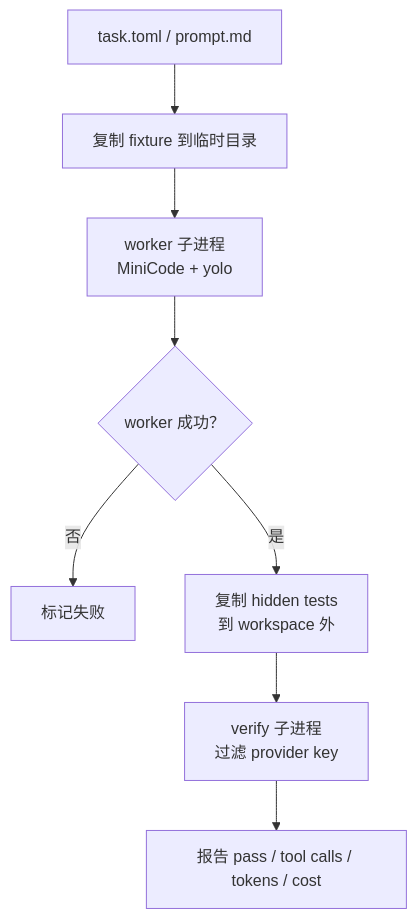
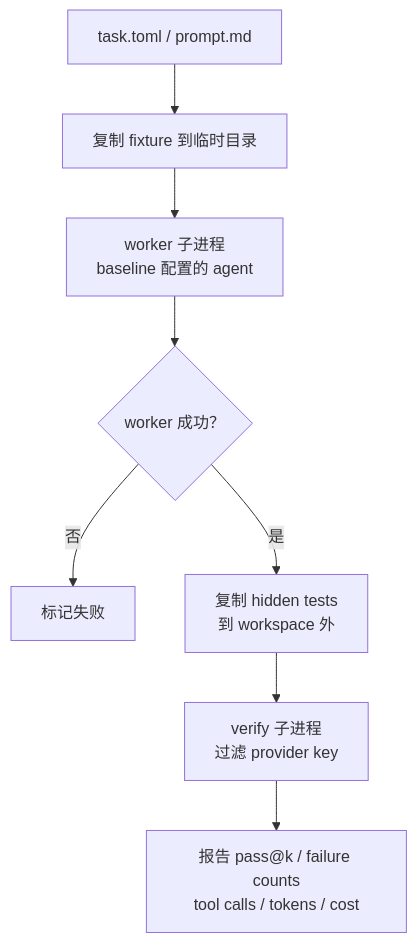
The third of 3 diagrams in docs/architecture.md (Ashitaka-Laputa-IV/MiniCode), drawn with Mermaid before and after one commit. The commit also changed other lines of this file and 12 other files, not shown here.

````diff
--- a/docs/architecture.md
+++ b/docs/architecture.md
@@ -141,10 +141,10 @@
 ```mermaid
 flowchart TD
     T["task.toml / prompt.md"] --> COPY["复制 fixture 到临时目录"]
-    COPY --> W["worker 子进程<br/>MiniCode + yolo"]
+    COPY --> W["worker 子进程<br/>baseline 配置的 agent"]
     W --> OK{"worker 成功？"}
     OK -->|否| FAIL["标记失败"]
     OK -->|是| HIDDEN["复制 hidden tests<br/>到 workspace 外"]
     HIDDEN --> V["verify 子进程<br/>过滤 provider key"]
-    V --> REPORT["报告 pass / tool calls / tokens / cost"]
+    V --> REPORT["报告 pass@k / failure counts<br/>tool calls / tokens / cost"]
 ```
````
